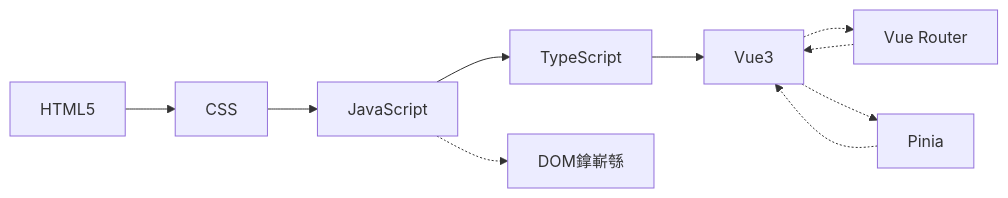
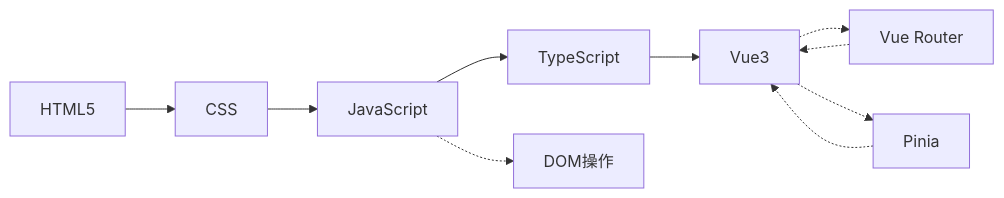
One commit to fanquanpp/MyNotebook changed the second of 4 diagrams in README.md. Above: the diagram before and after it, drawn with Mermaid. The commit also changed other lines of this file and 2 other files, not shown here.

````diff
--- a/README.md
+++ b/README.md
@@ -233,7 +229,7 @@
 ```mermaid
 graph LR
     HTML["HTML5"] --> CSS["CSS"] --> JS["JavaScript"] --> TS["TypeScript"] --> VUE["Vue3"]
-    JS -.-> DOM["DOM鎿嶄綔"]
+    JS -.-> DOM["DOM操作"]
     VUE -.-> Router["Vue Router"] -.-> VUE
     VUE -.-> Pinia["Pinia"] -.-> VUE
 ```
````
